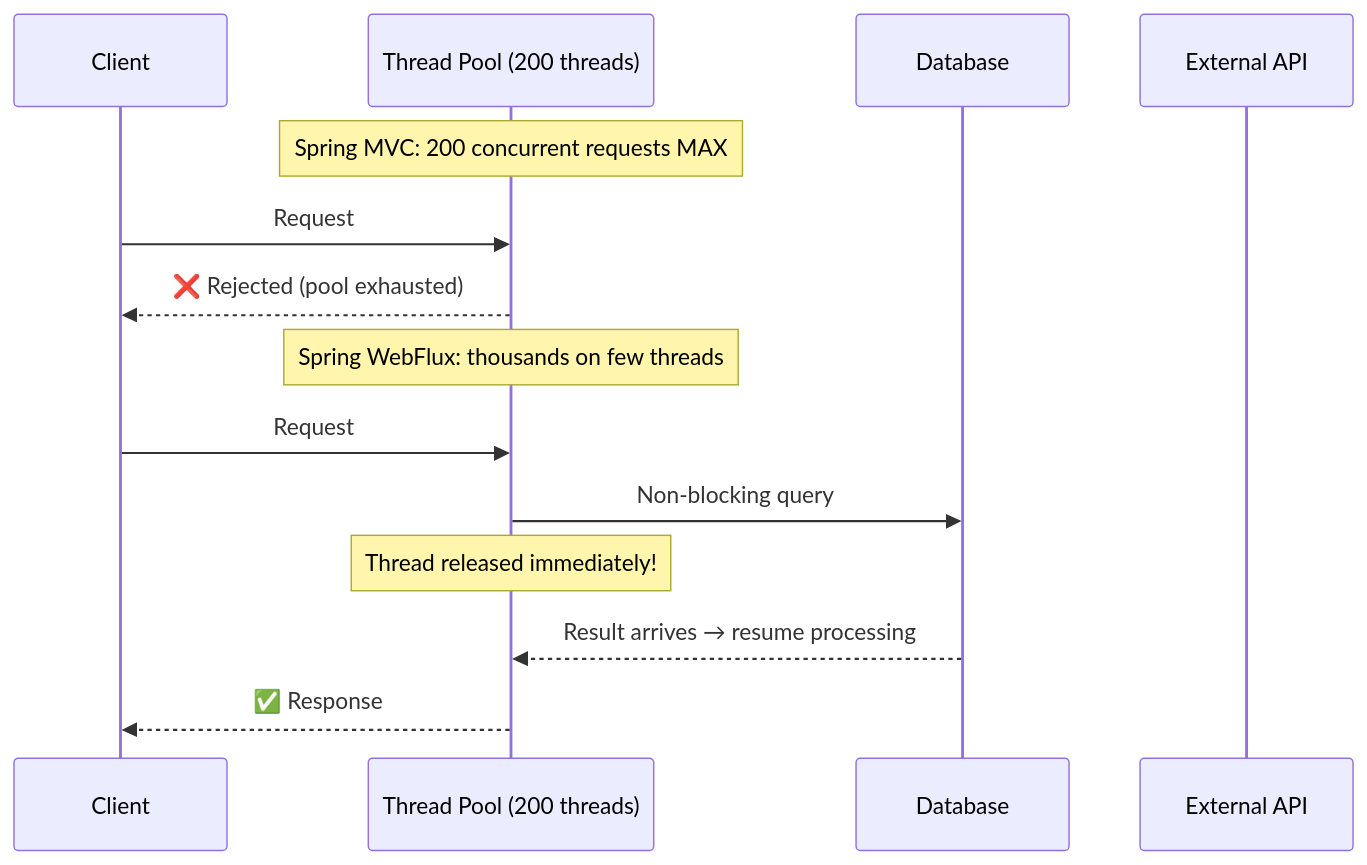
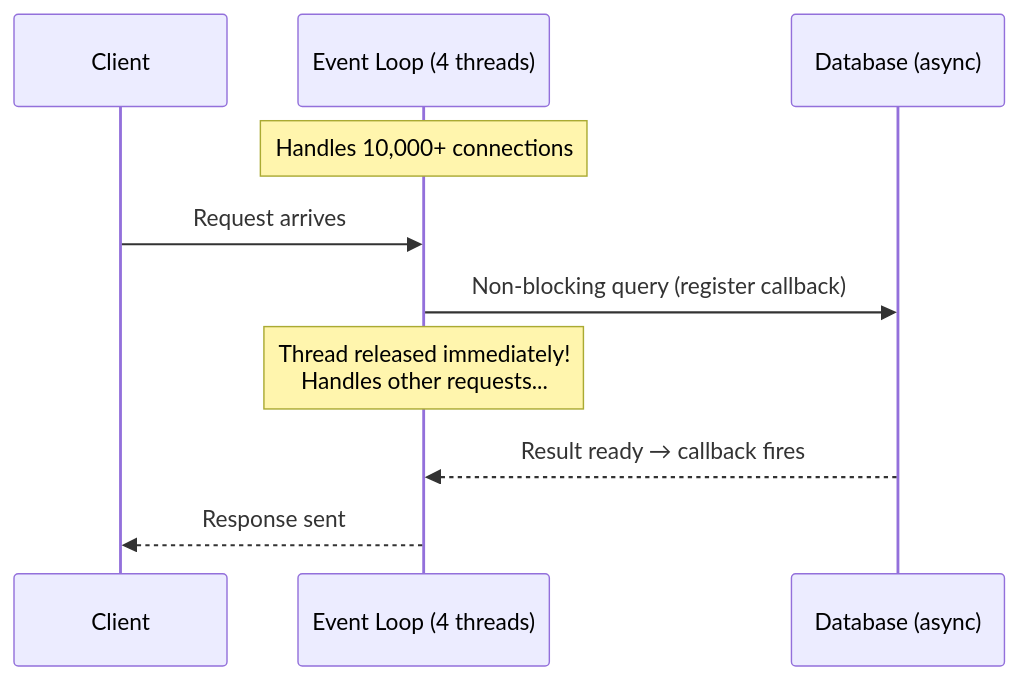
The second of 5 diagrams in docs/springboot/webflux.md (saivamsikaruturi/vamsilabs-dev-notes-main), drawn with Mermaid before and after one commit. The commit also changed other lines of this file and 146 other files, not shown here.

Commit message:
Horizontal diagrams, UML class diagrams, typography overhaul, and permalink cleanup

````diff
--- a/docs/springboot/webflux.md
+++ b/docs/springboot/webflux.md
@@ -35,18 +93,13 @@
 ```mermaid
 sequenceDiagram
     participant C as Client
-    participant T as Thread Pool (200 threads)
-    participant DB as Database
-    participant API as External API
+    participant EL as Event Loop (4 threads)
+    participant DB as Database (async)
 
-    Note over T: Spring MVC: 200 concurrent requests MAX
-    C->>T: Request #201
-    T-->>C: ❌ Rejected (pool exhausted)
-
-    Note over T: Spring WebFlux: thousands on few threads
-    C->>T: Request #5000
-    T->>DB: Non-blocking query
-    Note over T: Thread released immediately!
-    DB-->>T: Result arrives → resume processing
-    T-->>C: ✅ Response
+    Note over EL: Handles 10,000+ connections
+    C->>EL: Request arrives
+    EL->>DB: Non-blocking query (register callback)
+    Note over EL: Thread released immediately!<br/>Handles other requests...
+    DB-->>EL: Result ready → callback fires
+    EL-->>C: Response sent
 ```
````
